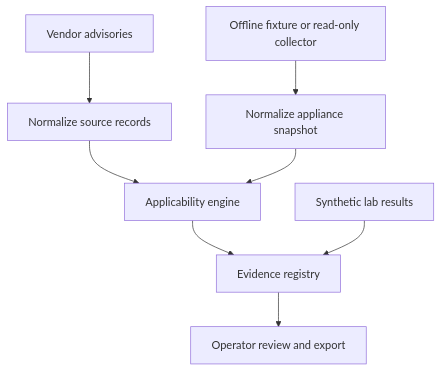
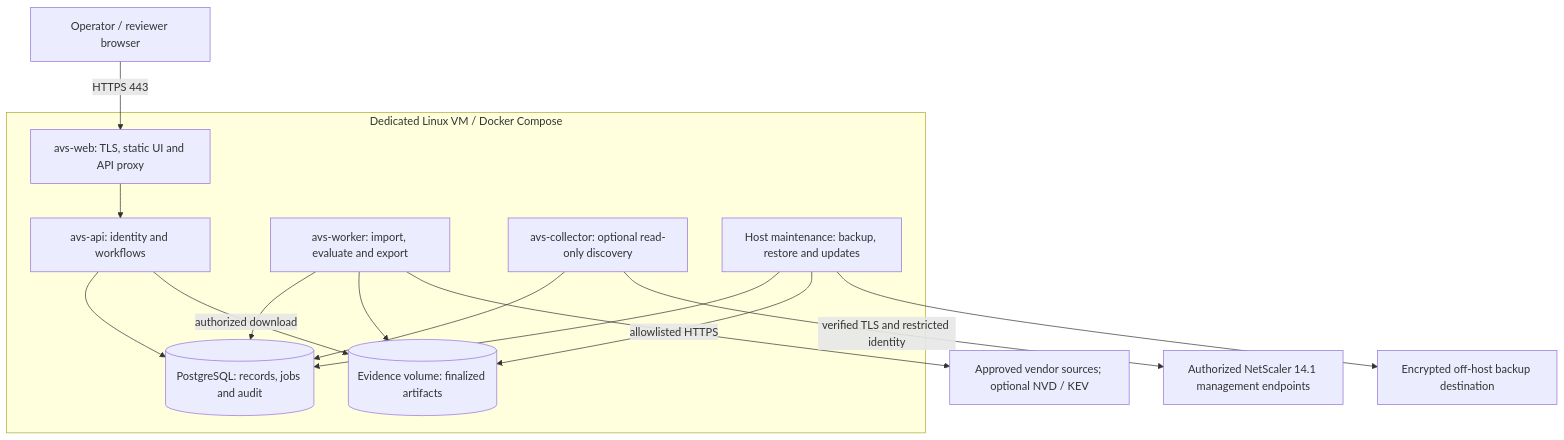
One commit to atef-aziz-swo/avs changed the diagram in docs/03-architecture.md. Above: the diagram before and after it, drawn with Mermaid. The commit also changed other lines of this file and 6 other files, not shown here.

Commit message:
Define Linux product architecture and initial security baseline

````diff
--- a/docs/03-architecture.md
+++ b/docs/03-architecture.md
@@ -7,10 +58,28 @@
 ```mermaid
-flowchart TD
-  A["Vendor advisories"] --> B["Normalize source records"]
-  C["Offline fixture or read-only collector"] --> D["Normalize appliance snapshot"]
-  B --> E["Applicability engine"]
-  D --> E
-  E --> F["Evidence registry"]
-  G["Synthetic lab results"] --> F
-  F --> H["Operator review and export"]
+flowchart TB
+  U["Operator / reviewer browser"]
+  S["Approved vendor sources; optional NVD / KEV"]
+  N["Authorized NetScaler 14.1 management endpoints"]
+  B["Encrypted off-host backup destination"]
+  subgraph VM["Dedicated Linux VM / Docker Compose"]
+    W["avs-web: TLS, static UI and API proxy"]
+    A["avs-api: identity and workflows"]
+    J["avs-worker: import, evaluate and export"]
+    C["avs-collector: optional read-only discovery"]
+    D[("PostgreSQL: records, jobs and audit")]
+    F[("Evidence volume: finalized artifacts")]
+    O["Host maintenance: backup, restore and updates"]
+  end
+  U -->|"HTTPS 443"| W
+  W --> A
+  A --> D
+  J --> D
+  C --> D
+  J --> F
+  A -->|"authorized download"| F
+  J -->|"allowlisted HTTPS"| S
+  C -->|"verified TLS and restricted identity"| N
+  O --> D
+  O --> F
+  O --> B
 ```
````
